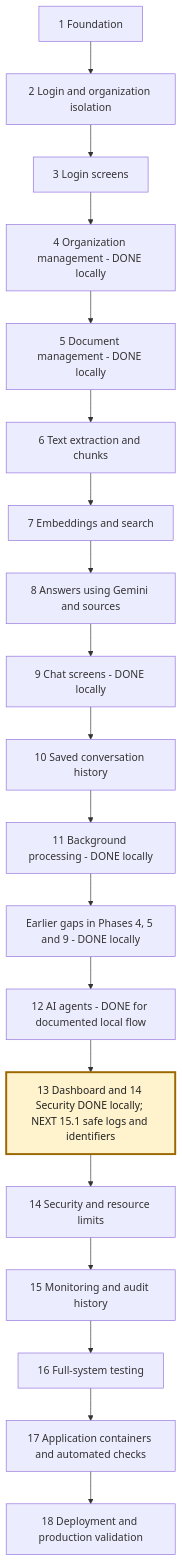
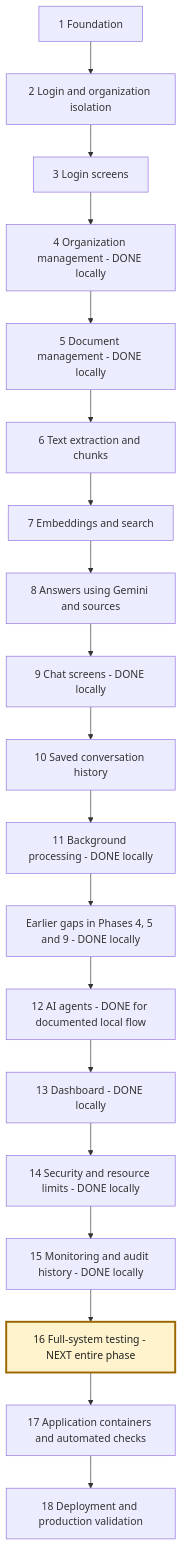
The second of 7 diagrams in NEXAAI_ROADMAP.md (msdian0007/nexaAi), drawn with Mermaid before and after one commit. The commit also changed other lines of this file and 8 other files, not shown here.

````diff
--- a/NEXAAI_ROADMAP.md
+++ b/NEXAAI_ROADMAP.md
@@ -204,22 +215,22 @@
 ```mermaid
 flowchart TD
     A[1 Foundation] --> B[2 Login and organization isolation]
     B --> C[3 Login screens]
     C --> D[4 Organization management - DONE locally]
     D --> E[5 Document management - DONE locally]
     E --> F[6 Text extraction and chunks]
     F --> G[7 Embeddings and search]
     G --> H[8 Answers using Gemini and sources]
     H --> I[9 Chat screens - DONE locally]
     I --> J[10 Saved conversation history]
     J --> K[11 Background processing - DONE locally]
     K --> L[Earlier gaps in Phases 4, 5 and 9 - DONE locally]
     L --> M[12 AI agents - DONE for documented local flow]
-    M --> N[13 Dashboard and 14 Security DONE locally; NEXT 15.1 safe logs and identifiers]
-    N --> O[14 Security and resource limits]
-    O --> P[15 Monitoring and audit history]
-    P --> Q[16 Full-system testing]
+    M --> N[13 Dashboard - DONE locally]
+    N --> O[14 Security and resource limits - DONE locally]
+    O --> P[15 Monitoring and audit history - DONE locally]
+    P --> Q[16 Full-system testing - NEXT entire phase]
     Q --> R[17 Application containers and automated checks]
     R --> S[18 Deployment and production validation]
-    style N fill:#fff3cd,stroke:#9a6700,stroke-width:3px,color:#222
+    style Q fill:#fff3cd,stroke:#9a6700,stroke-width:3px,color:#222
 ```
````
